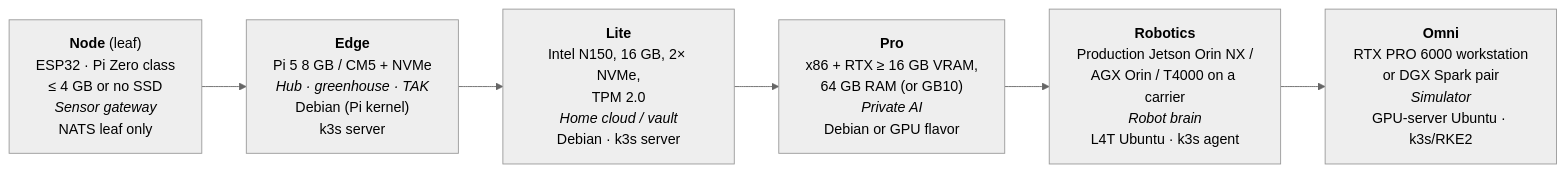
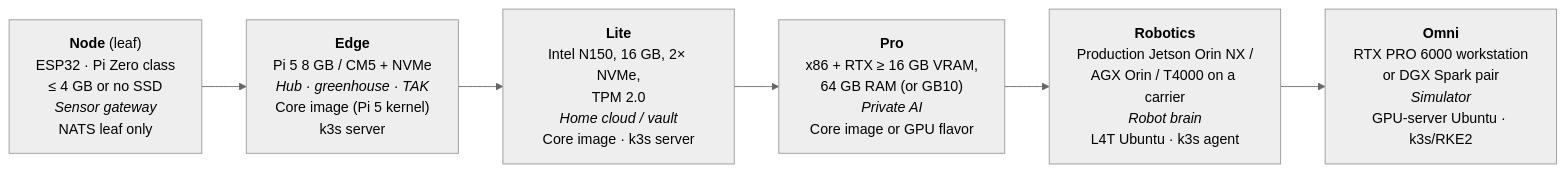
Before and after one commit to onemindos/ONEMINDOS: the diagram in research-output/report/diagrams/hardware-line.mmd, drawn with Mermaid (neutral theme). The commit also changed 326 other files, not shown here.

```diff
--- a/research-output/report/diagrams/hardware-line.mmd
+++ b/research-output/report/diagrams/hardware-line.mmd
@@ -1,8 +1,8 @@
 flowchart LR
   N["<b>Node</b> (leaf)<br/>ESP32 · Pi Zero class<br/>≤ 4 GB or no SSD<br/><i>Sensor gateway</i><br/>NATS leaf only"]
-  E["<b>Edge</b><br/>Pi 5 8 GB / CM5 + NVMe<br/><i>Hub · greenhouse · TAK</i><br/>Debian (Pi kernel)<br/>k3s server"]
-  L["<b>Lite</b><br/>Intel N150, 16 GB, 2× NVMe,<br/>TPM 2.0<br/><i>Home cloud / vault</i><br/>Debian · k3s server"]
-  P["<b>Pro</b><br/>x86 + RTX ≥ 16 GB VRAM,<br/>64 GB RAM (or GB10)<br/><i>Private AI</i><br/>Debian or GPU flavor"]
+  E["<b>Edge</b><br/>Pi 5 8 GB / CM5 + NVMe<br/><i>Hub · greenhouse · TAK</i><br/>Core image (Pi 5 kernel)<br/>k3s server"]
+  L["<b>Lite</b><br/>Intel N150, 16 GB, 2× NVMe,<br/>TPM 2.0<br/><i>Home cloud / vault</i><br/>Core image · k3s server"]
+  P["<b>Pro</b><br/>x86 + RTX ≥ 16 GB VRAM,<br/>64 GB RAM (or GB10)<br/><i>Private AI</i><br/>Core image or GPU flavor"]
   R["<b>Robotics</b><br/>Production Jetson Orin NX /<br/>AGX Orin / T4000 on a carrier<br/><i>Robot brain</i><br/>L4T Ubuntu · k3s agent"]
   O["<b>Omni</b><br/>RTX PRO 6000 workstation<br/>or DGX Spark pair<br/><i>Simulator</i><br/>GPU-server Ubuntu · k3s/RKE2"]
   N --> E --> L --> P --> R --> O
```
